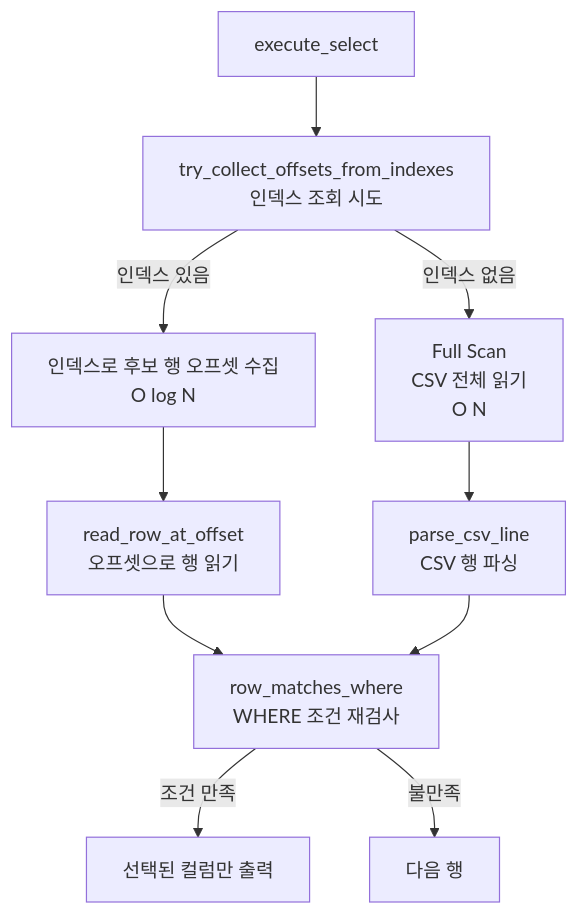
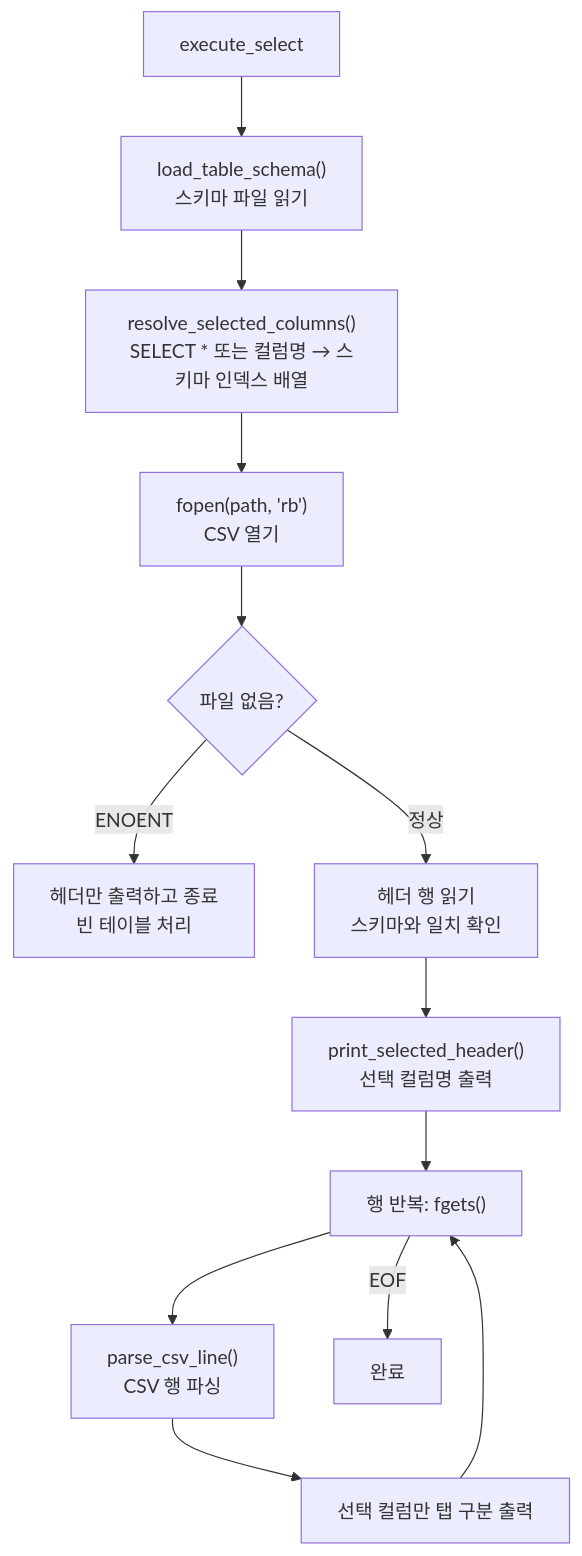
The eighth of 10 diagrams in GUIDE.md (Jungle-12-303/week6-team5-sql), drawn with Mermaid before and after one commit. The commit also changed other lines of this file, not shown here.

````diff
--- a/GUIDE.md
+++ b/GUIDE.md
@@ -382,12 +417,15 @@
 ```mermaid
 flowchart TD
-    A[execute_select] --> B[try_collect_offsets_from_indexes\n인덱스 조회 시도]
-    B -- 인덱스 있음 --> C[인덱스로 후보 행 오프셋 수집\nO log N]
-    B -- 인덱스 없음 --> D[Full Scan\nCSV 전체 읽기\nO N]
-    C --> E[read_row_at_offset\n오프셋으로 행 읽기]
-    D --> F[parse_csv_line\nCSV 행 파싱]
-    E --> G[row_matches_where\nWHERE 조건 재검사]
-    F --> G
-    G -- 조건 만족 --> H[선택된 컬럼만 출력]
-    G -- 불만족 --> I[다음 행]
+    A[execute_select] --> B["load_table_schema()\n스키마 파일 읽기"]
+    B --> C["resolve_selected_columns()\nSELECT * 또는 컬럼명 → 스키마 인덱스 배열"]
+    C --> D["fopen(path, 'rb')\nCSV 열기"]
+    D --> E{"파일 없음?"}
+    E -- ENOENT --> F["헤더만 출력하고 종료\n빈 테이블 처리"]
+    E -- 정상 --> G["헤더 행 읽기\n스키마와 일치 확인"]
+    G --> H["print_selected_header()\n선택 컬럼명 출력"]
+    H --> I["행 반복: fgets()"]
+    I --> J["parse_csv_line()\nCSV 행 파싱"]
+    J --> K["선택 컬럼만 탭 구분 출력"]
+    K --> I
+    I -- EOF --> L[완료]
 ```
````
